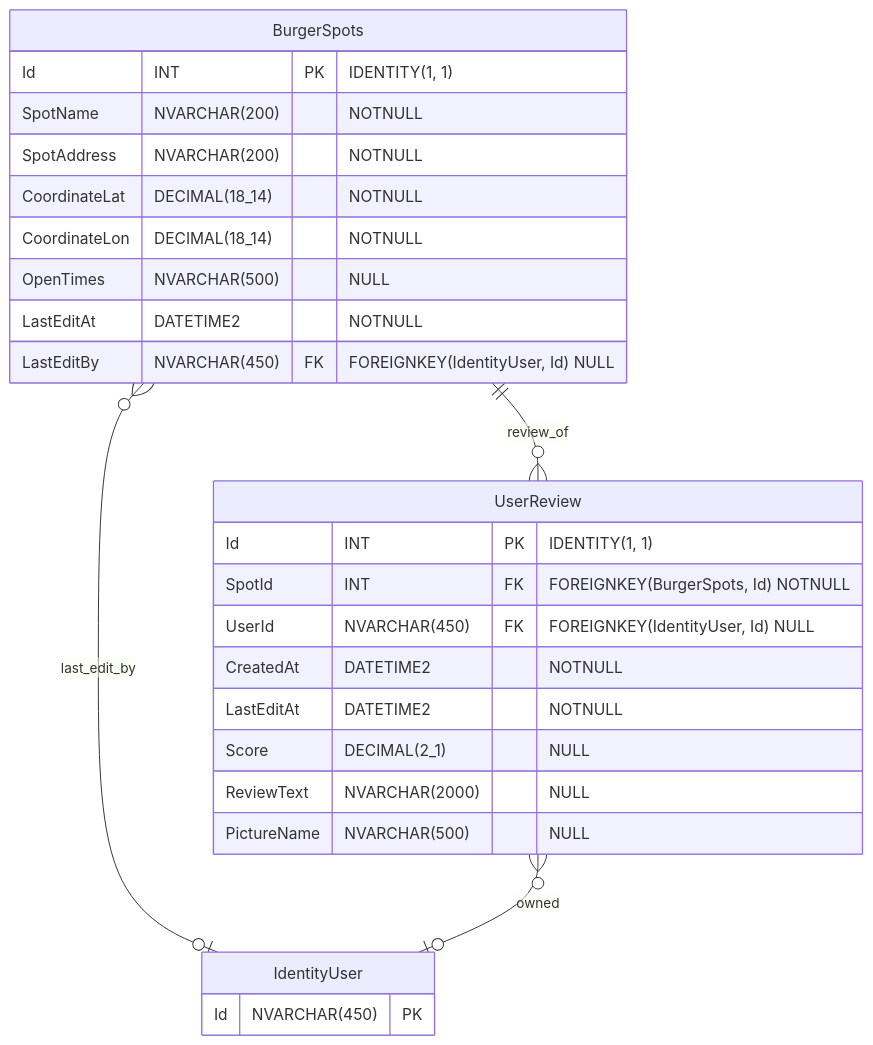
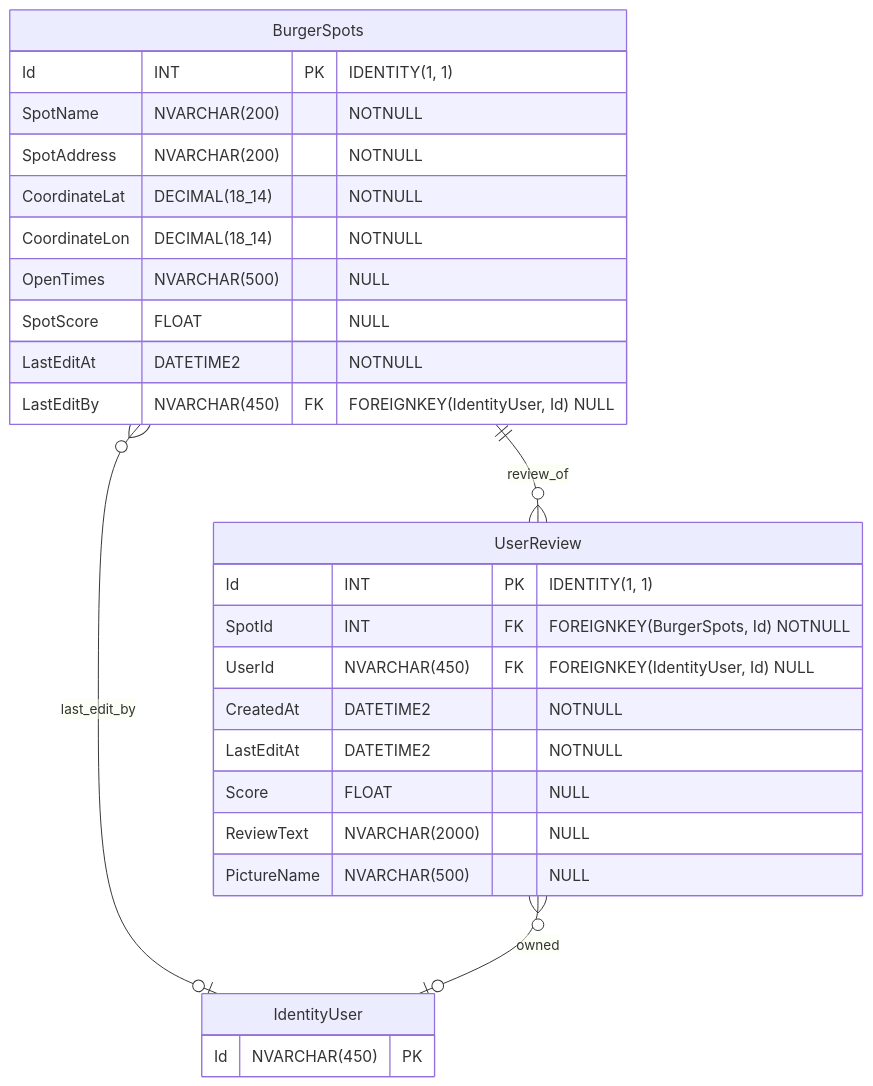
One commit to s164152MikkelKaa/TheBurgerBackendProject2 changed the diagram in README.md. Above: the diagram before and after it, drawn with Mermaid. The commit also changed other lines of this file and 2 other files, not shown here.

Commit message:
Installed a NuGet, created some constants on the backend and set up the file structure.

```diff
--- a/README.md
+++ b/README.md
@@ -15,29 +16,30 @@
 ~~~mermaid
 erDiagram
   BurgerSpots {
     Id INT PK "IDENTITY(1, 1)"
     SpotName NVARCHAR(200) "NOTNULL"
     SpotAddress NVARCHAR(200) "NOTNULL"
     CoordinateLat DECIMAL(18_14) "NOTNULL"
     CoordinateLon DECIMAL(18_14) "NOTNULL"
     OpenTimes NVARCHAR(500) "NULL"
+	SpotScore FLOAT "NULL"
     LastEditAt DATETIME2 "NOTNULL"
     LastEditBy NVARCHAR(450) FK "FOREIGNKEY(IdentityUser, Id) NULL"
   }
   UserReview {
     Id INT PK "IDENTITY(1, 1)"
     SpotId INT FK "FOREIGNKEY(BurgerSpots, Id) NOTNULL"
     UserId NVARCHAR(450) FK "FOREIGNKEY(IdentityUser, Id) NULL"
     CreatedAt DATETIME2 "NOTNULL"
     LastEditAt DATETIME2 "NOTNULL"
-    Score DECIMAL(2_1) "NULL"
+    Score FLOAT "NULL"
     ReviewText NVARCHAR(2000) "NULL"
     PictureName NVARCHAR(500) "NULL"
   }
   BurgerSpots ||--o{ UserReview : review_of
   IdentityUser {
     Id NVARCHAR(450) PK
   }
   BurgerSpots }o--o| IdentityUser : last_edit_by
   UserReview }o--o| IdentityUser : owned
 ~~~
```
